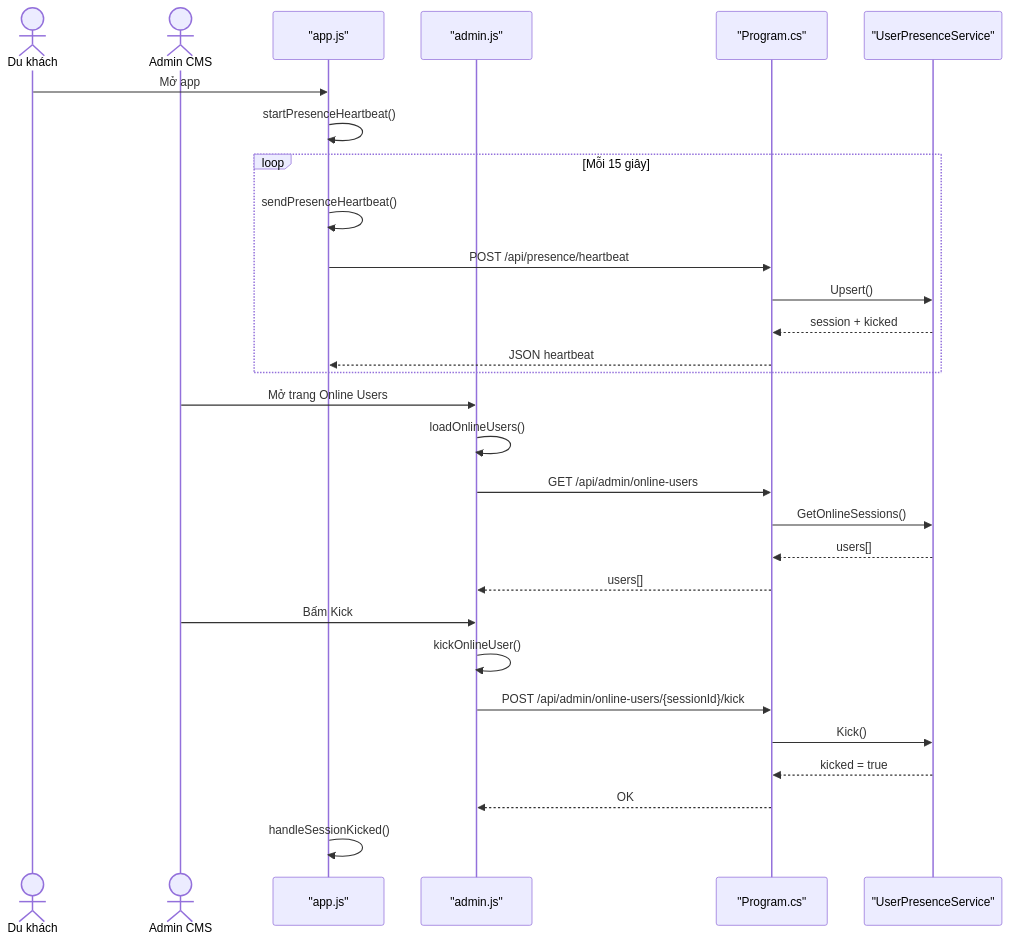
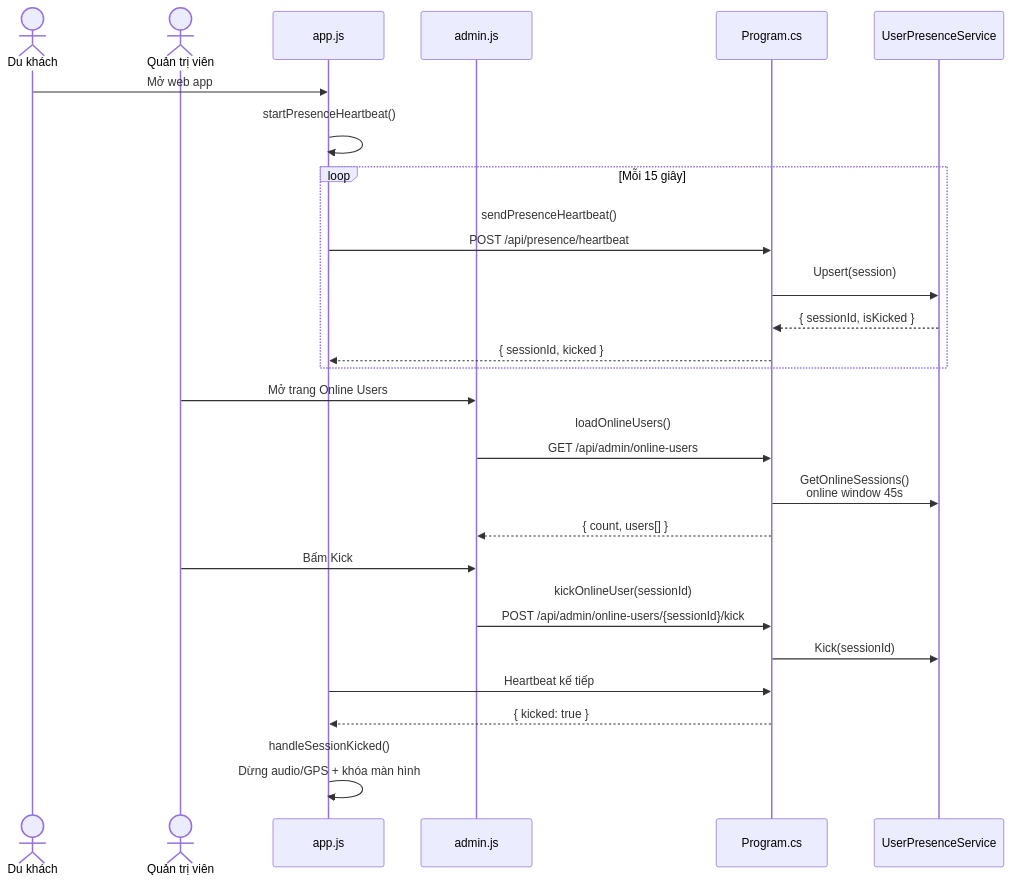
Before and after one commit to Hzyl/CShape: the sixth of 8 diagrams in PRD_VinhKhanh_Final2.md, drawn with Mermaid. The commit also changed other lines of this file and 205 other files, not shown here.

````diff
--- a/PRD_VinhKhanh_Final2.md
+++ b/PRD_VinhKhanh_Final2.md
@@ -338,35 +326,31 @@
 ```mermaid
 sequenceDiagram
     actor User as Du khách
-    actor Admin as Admin CMS
-    participant Client as "app.js"
-    participant CMS as "admin.js"
-    participant API as "Program.cs"
-    participant Presence as "UserPresenceService"
+    actor Admin as Quản trị viên
+    participant App as app.js
+    participant CMS as admin.js
+    participant API as Program.cs
+    participant Presence as UserPresenceService
 
-    User->>Client: Mở app
-    Client->>Client: startPresenceHeartbeat()
+    User->>App: Mở web app
+    App->>App: startPresenceHeartbeat()<br/>
     loop Mỗi 15 giây
-        Client->>Client: sendPresenceHeartbeat()
-        Client->>API: POST /api/presence/heartbeat
-        API->>Presence: Upsert()
-        Presence-->>API: session + kicked
-        API-->>Client: JSON heartbeat
+        App->>API: sendPresenceHeartbeat()<br/><br/>POST /api/presence/heartbeat
+        API->>Presence: Upsert(session)<br/>
+        Presence-->>API: { sessionId, isKicked }
+        API-->>App: { sessionId, kicked }
     end
 
     Admin->>CMS: Mở trang Online Users
-    CMS->>CMS: loadOnlineUsers()
-    CMS->>API: GET /api/admin/online-users
-    API->>Presence: GetOnlineSessions()
-    Presence-->>API: users[]
-    API-->>CMS: users[]
+    CMS->>API: loadOnlineUsers()<br/><br/>GET /api/admin/online-users
+    API->>Presence: GetOnlineSessions()<br/>online window 45s
+    API-->>CMS: { count, users[] }
 
     Admin->>CMS: Bấm Kick
-    CMS->>CMS: kickOnlineUser()
-    CMS->>API: POST /api/admin/online-users/{sessionId}/kick
-    API->>Presence: Kick()
-    Presence-->>API: kicked = true
-    API-->>CMS: OK
+    CMS->>API: kickOnlineUser(sessionId)<br/><br/>POST /api/admin/online-users/{sessionId}/kick
+    API->>Presence: Kick(sessionId)
 
-    Client->>Client: handleSessionKicked()
+    App->>API: Heartbeat kế tiếp
+    API-->>App: { kicked: true }
+    App->>App: handleSessionKicked()<br/><br/>Dừng audio/GPS + khóa màn hình
 ```
````
